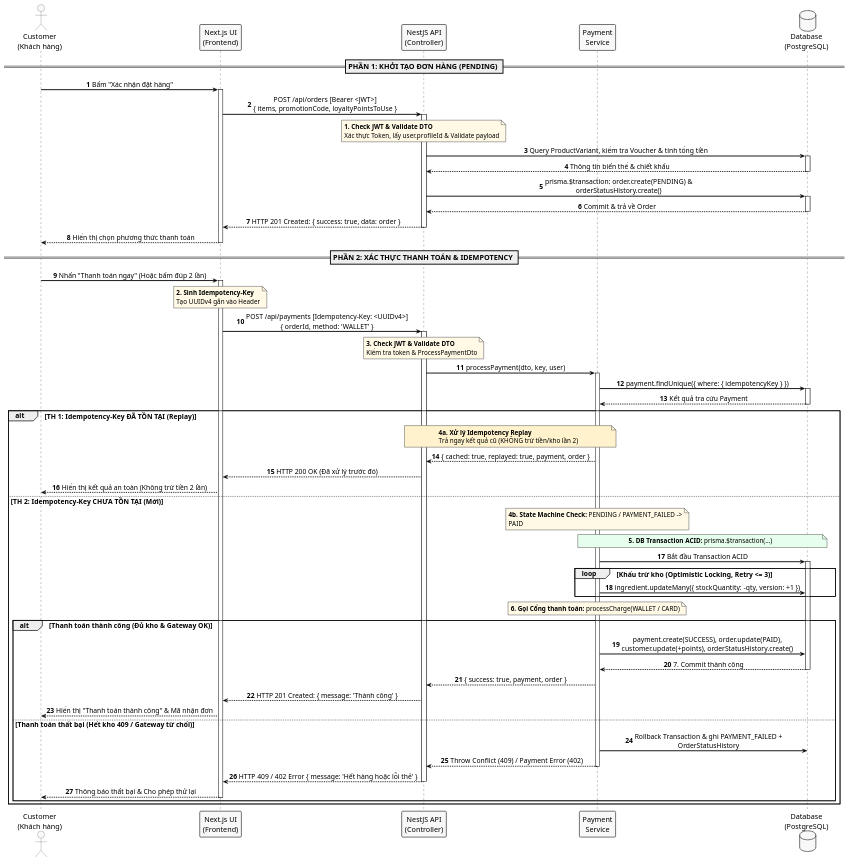
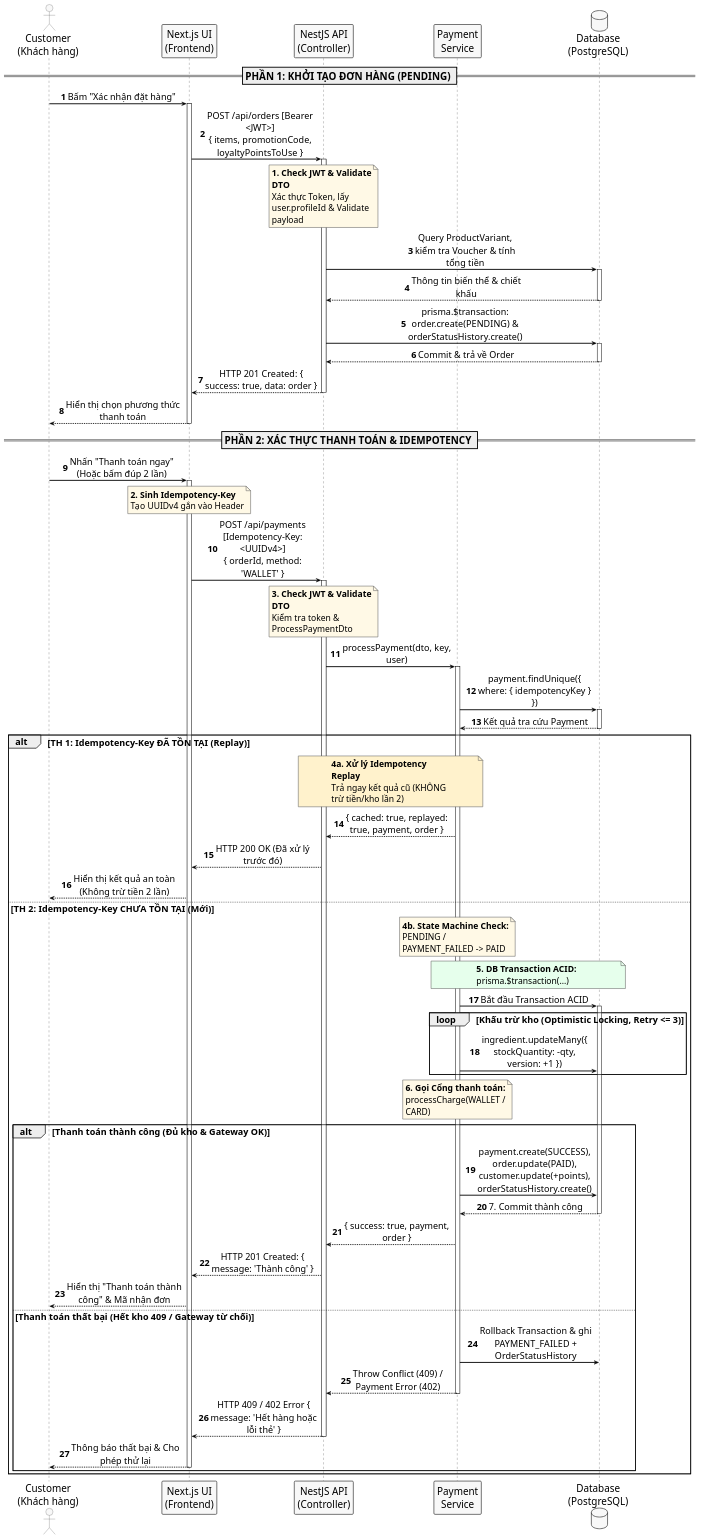
Before and after one commit to hanhdevsgu/BrewLite-Assignment2: the diagram in docs/diagrams/sequence-checkout.puml, drawn with PlantUML. The commit also changed 4 other files, not shown here.

Commit message:
fix(sequence): match original 20-22pt bold Arial font sizes and clean proportions

```diff
--- a/docs/diagrams/sequence-checkout.puml
+++ b/docs/diagrams/sequence-checkout.puml
@@ -1,160 +1,160 @@
 @startuml
 autonumber
 
 skinparam backgroundColor #FFFFFF
 skinparam shadowing false
 
 skinparam defaultFontName Arial
-skinparam defaultFontSize 15
-skinparam ArrowFontSize 15
-skinparam NoteFontSize 14
-skinparam SequenceDividerFontSize 16
-skinparam SequenceGroupFontSize 15
-skinparam SequenceGroupHeaderFontSize 15
-skinparam ParticipantFontSize 16
-skinparam ActorFontSize 16
-skinparam DatabaseFontSize 16
+skinparam defaultFontSize 20
+skinparam ArrowFontSize 20
+skinparam NoteFontSize 19
+skinparam SequenceDividerFontSize 22
+skinparam SequenceGroupFontSize 20
+skinparam SequenceGroupHeaderFontSize 20
+skinparam ParticipantFontSize 22
+skinparam ActorFontSize 22
+skinparam DatabaseFontSize 22
 
-skinparam maxMessageSize 420
-skinparam wrapWidth 420
+skinparam maxMessageSize 260
+skinparam wrapWidth 260
 skinparam SequenceMessageAlign center
 
 skinparam ArrowThickness 2
 skinparam LifeLineBorderThickness 1.5
 skinparam ParticipantBorderThickness 1.5
 skinparam NoteBorderThickness 1.2
 
 skinparam ParticipantBackgroundColor #F8F8F8
 skinparam ParticipantBorderColor #333333
 skinparam ActorBackgroundColor #F8F8F8
 skinparam ActorBorderColor #333333
 skinparam DatabaseBackgroundColor #F8F8F8
 skinparam DatabaseBorderColor #333333
 skinparam NoteBorderColor #666666
 skinparam ArrowColor #000000
 skinparam LifeLineBorderColor #444444
 
 <style>
 participant {
   Padding 8
 }
 </style>
 
 actor "Customer\n(Khách hàng)" as Customer
 participant "Next.js UI\n(Frontend)" as UI
 participant "NestJS API\n(Controller)" as API
 participant "Payment\nService" as Service
 database "Database\n(PostgreSQL)" as DB
 
 == PHẦN 1: KHỞI TẠO ĐƠN HÀNG (PENDING) ==
 
 Customer -> UI : Bấm "Xác nhận đặt hàng"
 activate UI
 
 UI -> API : POST /api/orders [Bearer <JWT>]\n{ items, promotionCode, loyaltyPointsToUse }
 activate API
 
 note over API #FFF9E6
   <b>1. Check JWT & Validate DTO</b>
   Xác thực Token, lấy user.profileId & Validate payload
 end note
 
 API -> DB : Query ProductVariant, kiểm tra Voucher & tính tổng tiền
 activate DB
 DB --> API : Thông tin biến thể & chiết khấu
 deactivate DB
 
 API -> DB : prisma.$transaction: order.create(PENDING) & orderStatusHistory.create()
 activate DB
 DB --> API : Commit & trả về Order
 deactivate DB
 
 API --> UI : HTTP 201 Created: { success: true, data: order }
 deactivate API
 
 UI --> Customer : Hiển thị chọn phương thức thanh toán
 deactivate UI
 
 == PHẦN 2: XÁC THỰC THANH TOÁN & IDEMPOTENCY ==
 
 Customer -> UI : Nhấn "Thanh toán ngay" (Hoặc bấm đúp 2 lần)
 activate UI
 
 note over UI #FFF9E6
   <b>2. Sinh Idempotency-Key</b>
   Tạo UUIDv4 gắn vào Header
 end note
 
 UI -> API : POST /api/payments [Idempotency-Key: <UUIDv4>]\n{ orderId, method: 'WALLET' }
 activate API
 
 note over API #FFF9E6
   <b>3. Check JWT & Validate DTO</b>
   Kiểm tra token & ProcessPaymentDto
 end note
 
 API -> Service : processPayment(dto, key, user)
 activate Service
 
 Service -> DB : payment.findUnique({ where: { idempotencyKey } })
 activate DB
 DB --> Service : Kết quả tra cứu Payment
 deactivate DB
 
 alt TH 1: Idempotency-Key ĐÃ TỒN TẠI (Replay)
 
   note over API, Service #FFF2CC
     <b>4a. Xử lý Idempotency Replay</b>
     Trả ngay kết quả cũ (KHÔNG trừ tiền/kho lần 2)
   end note
 
   Service --> API : { cached: true, replayed: true, payment, order }
   API --> UI : HTTP 200 OK (Đã xử lý trước đó)
   UI --> Customer : Hiển thị kết quả an toàn (Không trừ tiền 2 lần)
 
 else TH 2: Idempotency-Key CHƯA TỒN TẠI (Mới)
 
   note over Service #FFF9E6
     <b>4b. State Machine Check:</b> PENDING / PAYMENT_FAILED -> PAID
   end note
 
   note over Service, DB #E6FFEC
     <b>5. DB Transaction ACID:</b> prisma.$transaction(...)
   end note
 
   Service -> DB : Bắt đầu Transaction ACID
   activate DB
 
   loop Khấu trừ kho (Optimistic Locking, Retry <= 3)
     Service -> DB : ingredient.updateMany({ stockQuantity: -qty, version: +1 })
   end
 
   note over Service #FFF9E6
     <b>6. Gọi Cổng thanh toán:</b> processCharge(WALLET / CARD)
   end note
 
   alt Thanh toán thành công (Đủ kho & Gateway OK)
 
     Service -> DB : payment.create(SUCCESS), order.update(PAID),\ncustomer.update(+points), orderStatusHistory.create()
     DB --> Service : 7. Commit thành công
     deactivate DB
 
     Service --> API : { success: true, payment, order }
     API --> UI : HTTP 201 Created: { message: 'Thành công' }
     UI --> Customer : Hiển thị "Thanh toán thành công" & Mã nhận đơn
 
   else Thanh toán thất bại (Hết kho 409 / Gateway từ chối)
 
     Service -> DB : Rollback Transaction & ghi PAYMENT_FAILED + OrderStatusHistory
     Service --> API : Throw Conflict (409) / Payment Error (402)
     deactivate Service
     API --> UI : HTTP 409 / 402 Error { message: 'Hết hàng hoặc lỗi thẻ' }
     deactivate API
     UI --> Customer : Thông báo thất bại & Cho phép thử lại
     deactivate UI
 
   end
 
 end
 
 @enduml
```
